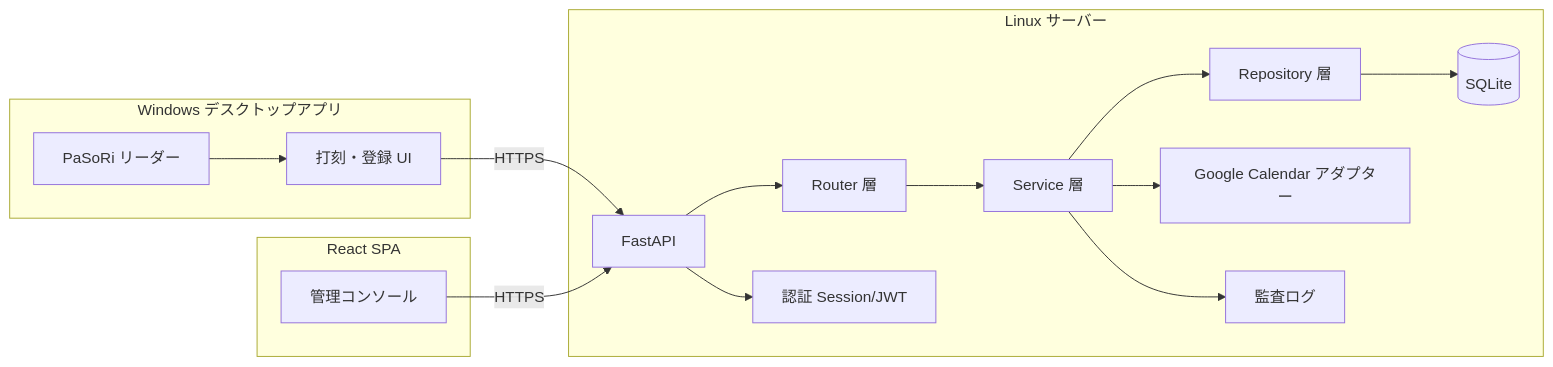
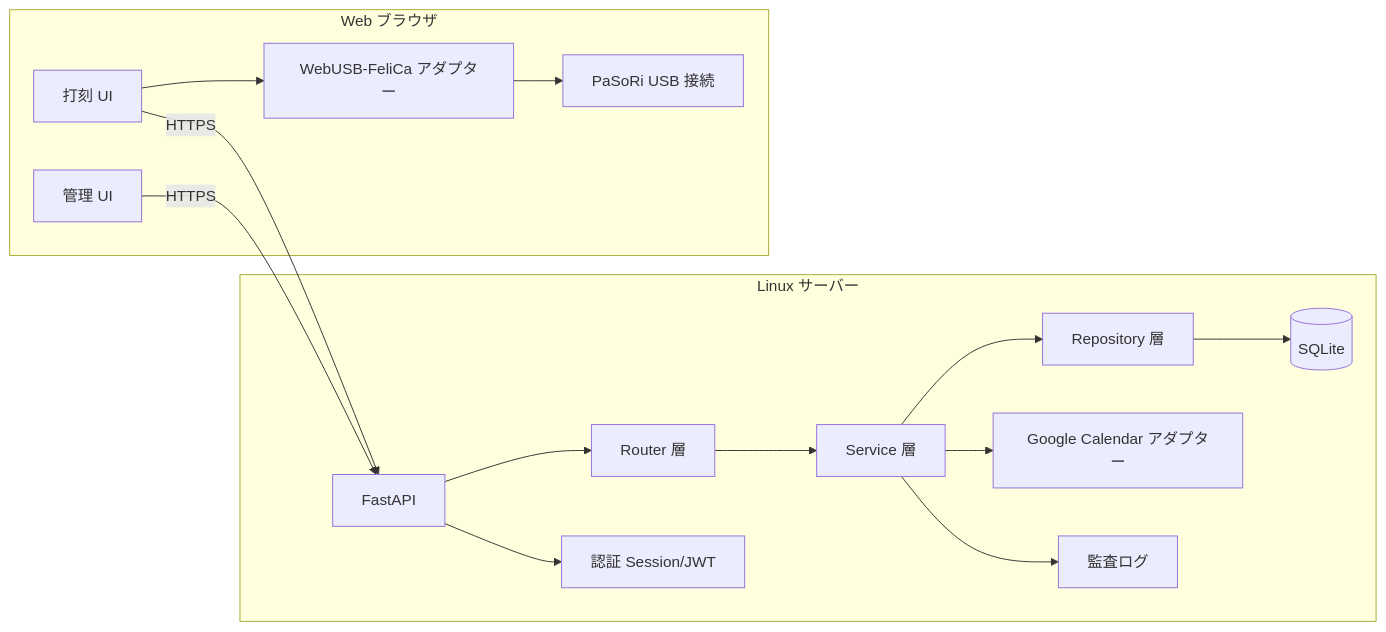
One commit to tukumanalab/kint changed the first of 3 diagrams in docs/architecture.md. Above: the diagram before and after it, drawn with Mermaid. The commit also changed other lines of this file and 4 other files, not shown here.

First line of the commit message:
feat: Update API and architecture for WebUSB NFC punch functionality

````diff
--- a/docs/architecture.md
+++ b/docs/architecture.md
@@ -10,31 +10,29 @@
 ```mermaid
 flowchart LR
-  subgraph Desktop[Windows デスクトップアプリ]
-    NFC[PaSoRi リーダー]
-    PunchUI[打刻・登録 UI]
-  end
-
   subgraph Server[Linux サーバー]
     API[FastAPI]
     Router[Router 層]
     Service[Service 層]
     Repo[Repository 層]
     DB[(SQLite)]
     Calendar[Google Calendar アダプター]
     Auth[認証 Session/JWT]
     Audit[監査ログ]
   end
 
-  subgraph Web[React SPA]
-    AdminUI[管理コンソール]
+  subgraph Browser[Web ブラウザ]
+    PunchUI[打刻 UI]
+    AdminUI[管理 UI]
+    USB[WebUSB-FeliCa アダプター]
+    Reader[PaSoRi USB 接続]
   end
 
-  NFC --> PunchUI
+  PunchUI --> USB --> Reader
   PunchUI -->|HTTPS| API
   AdminUI -->|HTTPS| API
 
   API --> Router --> Service --> Repo --> DB
   Service --> Calendar
   API --> Auth
   Service --> Audit
 ```
````
